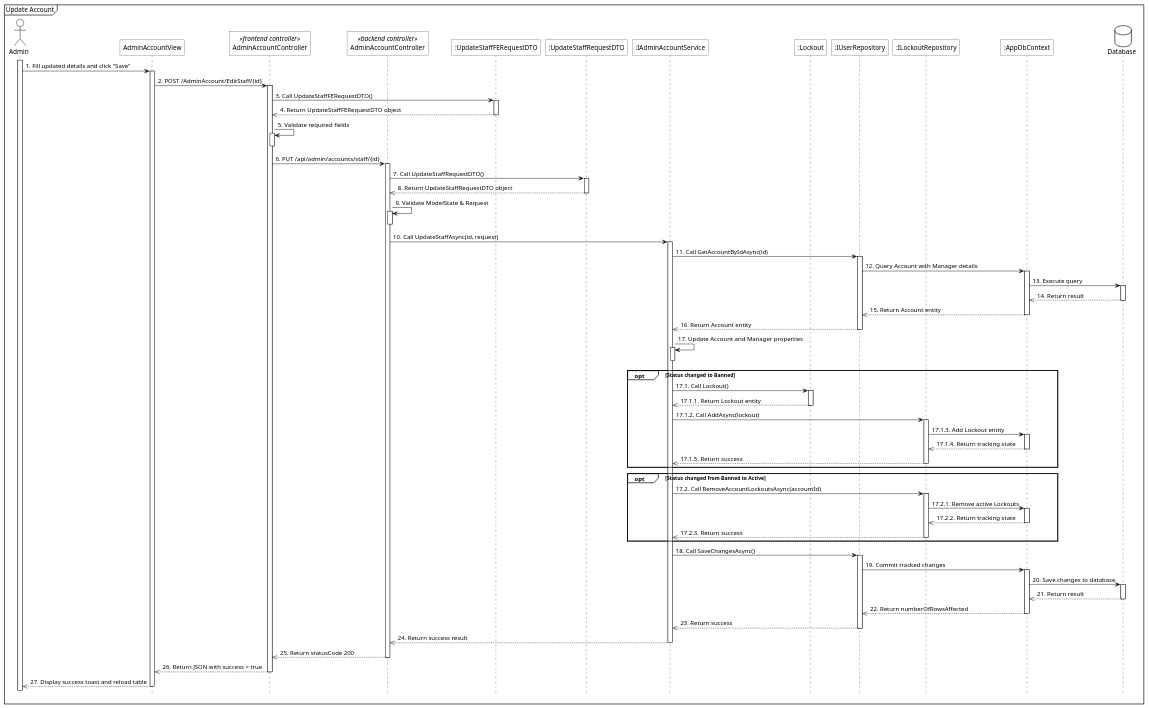
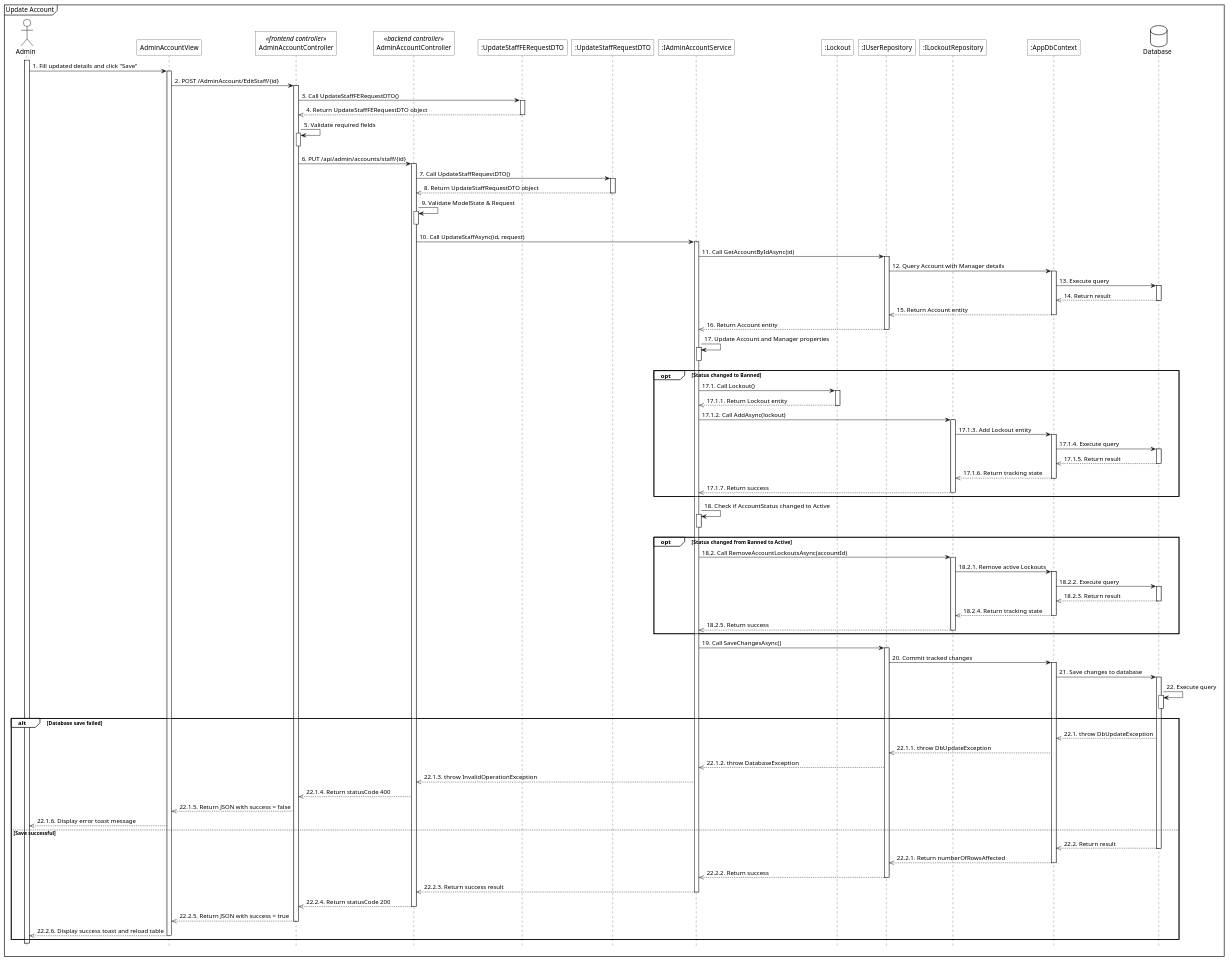
One commit to 1000do/Linked changed the diagram in diagrams/sequence_renumbered/manage_account/sq_update_account.plantuml. Above: the diagram before and after it, drawn with PlantUML. The commit also changed 153 other files, not shown here.

```diff
--- a/diagrams/sequence_renumbered/manage_account/sq_update_account.plantuml
+++ b/diagrams/sequence_renumbered/manage_account/sq_update_account.plantuml
@@ -1,104 +1,124 @@
 @startuml 
 <style>
     sequenceDiagram{
         actor{
             BackgroundColor white
             LineThickness 1.0
         }
         participant{
             BackgroundColor white
             RoundCorner 0
         }
         database{
             BackgroundColor white
         }
         groupHeader{
             BackgroundColor white
         }
         referenceHeader{
             BackgroundColor white
         }
         reference{
             BackgroundColor white
         }
     }
 </style>
 
 hide footbox
 
 mainframe Update Account
 actor Admin as act
 
 participant "AdminAccountView" as view
 participant "AdminAccountController" as fe_ctrl <<frontend controller>>
 participant "AdminAccountController" as be_ctrl <<backend controller>>
 participant ":UpdateStaffFERequestDTO" as fe_req
 participant ":UpdateStaffRequestDTO" as be_req
 participant ":IAdminAccountService" as sv
 participant ":Lockout" as lockout_ett
 participant ":IUserRepository" as u_repo
 participant ":ILockoutRepository" as lockout_repo
 participant ":AppDbContext" as ctx
 database Database as db
 
 act++
 act->view++:1. Fill updated details and click "Save"
 view->fe_ctrl++:2. POST /AdminAccount/EditStaff/{id}
 
 fe_ctrl->fe_req++:3. Call UpdateStaffFERequestDTO()
 fe_req-->>fe_ctrl--:4. Return UpdateStaffFERequestDTO object
 
 fe_ctrl->fe_ctrl++:5. Validate required fields
 fe_ctrl--
 
 fe_ctrl->be_ctrl++:6. PUT /api/admin/accounts/staff/{id}
 
 be_ctrl->be_req++:7. Call UpdateStaffRequestDTO()
 be_req-->>be_ctrl--:8. Return UpdateStaffRequestDTO object
 
 be_ctrl->be_ctrl++:9. Validate ModelState & Request
 be_ctrl--
 
 be_ctrl->sv++:10. Call UpdateStaffAsync(id, request)
 
 sv->u_repo++:11. Call GetAccountByIdAsync(id)
 u_repo->ctx++:12. Query Account with Manager details
 ctx->db++:13. Execute query
 db-->>ctx--:14. Return result
 ctx-->>u_repo--:15. Return Account entity
 u_repo-->>sv--:16. Return Account entity
 
 sv->sv++:17. Update Account and Manager properties
 sv--
 
 opt Status changed to Banned
     sv->lockout_ett++:17.1. Call Lockout()
     lockout_ett-->>sv--:17.1.1. Return Lockout entity
     
     sv->lockout_repo++:17.1.2. Call AddAsync(lockout)
     lockout_repo->ctx++:17.1.3. Add Lockout entity
-    ctx-->>lockout_repo--:17.1.4. Return tracking state
-    lockout_repo-->>sv--:17.1.5. Return success
+    ctx->db++:17.1.4. Execute query
+    db-->>ctx--:17.1.5. Return result
+    ctx-->>lockout_repo--:17.1.6. Return tracking state
+    lockout_repo-->>sv--:17.1.7. Return success
 end
 
+sv->sv++:18. Check if AccountStatus changed to Active
+sv--
+
 opt Status changed from Banned to Active
-    sv->lockout_repo++:17.2. Call RemoveAccountLockoutsAsync(accountId)
-    lockout_repo->ctx++:17.2.1. Remove active Lockouts
-    ctx-->>lockout_repo--:17.2.2. Return tracking state
-    lockout_repo-->>sv--:17.2.3. Return success
+    sv->lockout_repo++:18.2. Call RemoveAccountLockoutsAsync(accountId)
+    lockout_repo->ctx++:18.2.1. Remove active Lockouts
+    ctx->db++:18.2.2. Execute query
+    db-->>ctx--:18.2.3. Return result
+    ctx-->>lockout_repo--:18.2.4. Return tracking state
+    lockout_repo-->>sv--:18.2.5. Return success
 end
 
-sv->u_repo++:18. Call SaveChangesAsync()
-u_repo->ctx++:19. Commit tracked changes
-ctx->db++:20. Save changes to database
-db-->>ctx--:21. Return result
-ctx-->>u_repo--:22. Return numberOfRowsAffected
-u_repo-->>sv--:23. Return success
+sv->u_repo++:19. Call SaveChangesAsync()
+u_repo->ctx++:20. Commit tracked changes
+ctx->db++:21. Save changes to database
 
-sv-->>be_ctrl--:24. Return success result
-be_ctrl-->>fe_ctrl--:25. Return statusCode 200
+db->db++:22. Execute query
+db--
 
-fe_ctrl-->>view:26. Return JSON with success = true
-deactivate fe_ctrl
-view-->>act--:27. Display success toast and reload table
+alt Database save failed
+    db-->>ctx:22.1. throw DbUpdateException
+    ctx-->>u_repo:22.1.1. throw DbUpdateException
+    u_repo-->>sv:22.1.2. throw DatabaseException
+    sv-->>be_ctrl:22.1.3. throw InvalidOperationException
+    be_ctrl-->>fe_ctrl:22.1.4. Return statusCode 400
+    fe_ctrl-->>view:22.1.5. Return JSON with success = false
+    view-->>act:22.1.6. Display error toast message
+else Save successful
+    db-->>ctx--:22.2. Return result
+    ctx-->>u_repo--:22.2.1. Return numberOfRowsAffected
+    u_repo-->>sv--:22.2.2. Return success
+    
+    sv-->>be_ctrl--:22.2.3. Return success result
+    be_ctrl-->>fe_ctrl--:22.2.4. Return statusCode 200
+    
+    fe_ctrl-->>view--:22.2.5. Return JSON with success = true
+    view-->>act--:22.2.6. Display success toast and reload table
+end
 @enduml
```
